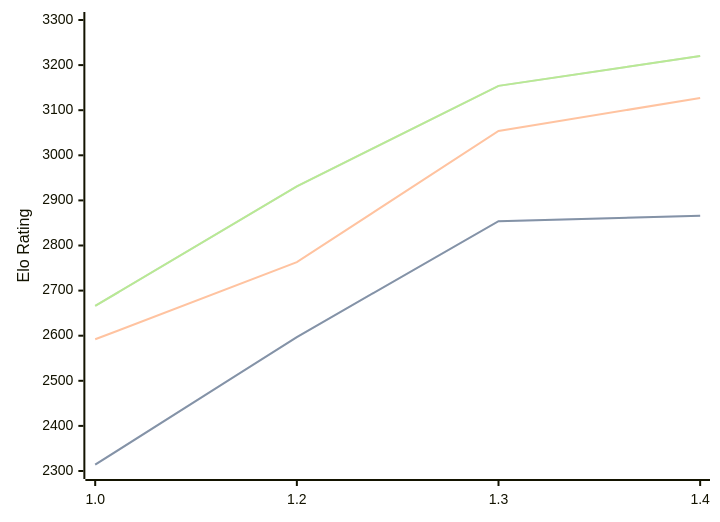
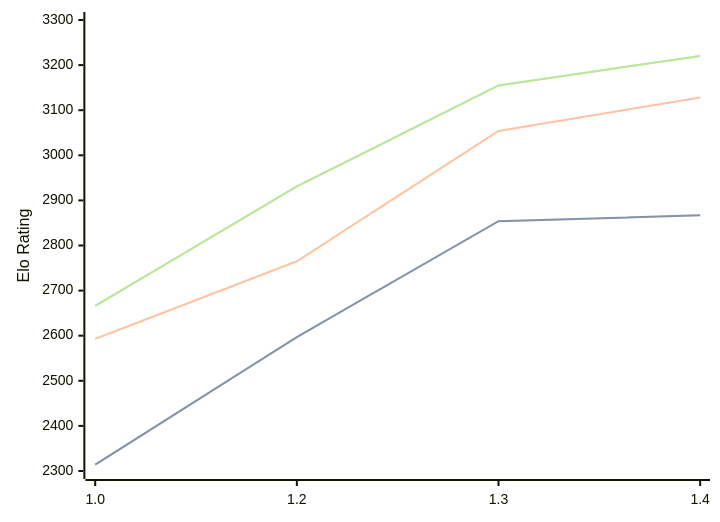
The diagram in engines/Chessnix.md (computer-chess-index/cci), drawn with Mermaid before and after one commit. The commit also changed other lines of this file, not shown here.

Commit message:
Update CCI Ratings (ELO VLTC) - 2026-07-24

````diff
--- a/engines/Chessnix.md
+++ b/engines/Chessnix.md
@@ -36,11 +36,11 @@
 ```mermaid
 %%{init: {"theme":"base","themeVariables":{"seriesColors:['#a3a3a3','#222221','#faa371']}}}%%
 xychart-beta
   x-axis ["1.0", "1.2", "1.3", "1.4"]
   y-axis "Elo Rating" 2300 --> 3300
-  line "STC (8.0+0.08s)" [2314, 2597, 2854, 2866]
-  line "STC (8.0+0.08s)" [2314, 2597, 2854, 2866]
-  line "LTC (60.0+0.60s)" [2592, 2763, 3054, 3127]
-  line "VLTC (2m24s+1.12s)" [2666, 2931, 3154, 3220]
-  line "VLTC (2m24s+1.12s)" [2666, 2931, 3154, 3220]
+  line "STC (8.0+0.08s)" [2314, 2597, 2854, 2867]
+  line "STC (8.0+0.08s)" [2314, 2597, 2854, 2867]
+  line "LTC (60.0+0.60s)" [2593, 2765, 3054, 3128]
+  line "VLTC (2m24s+1.12s)" [2666, 2931, 3155, 3220]
+  line "VLTC (2m24s+1.12s)" [2666, 2931, 3155, 3220]
 ```
````
